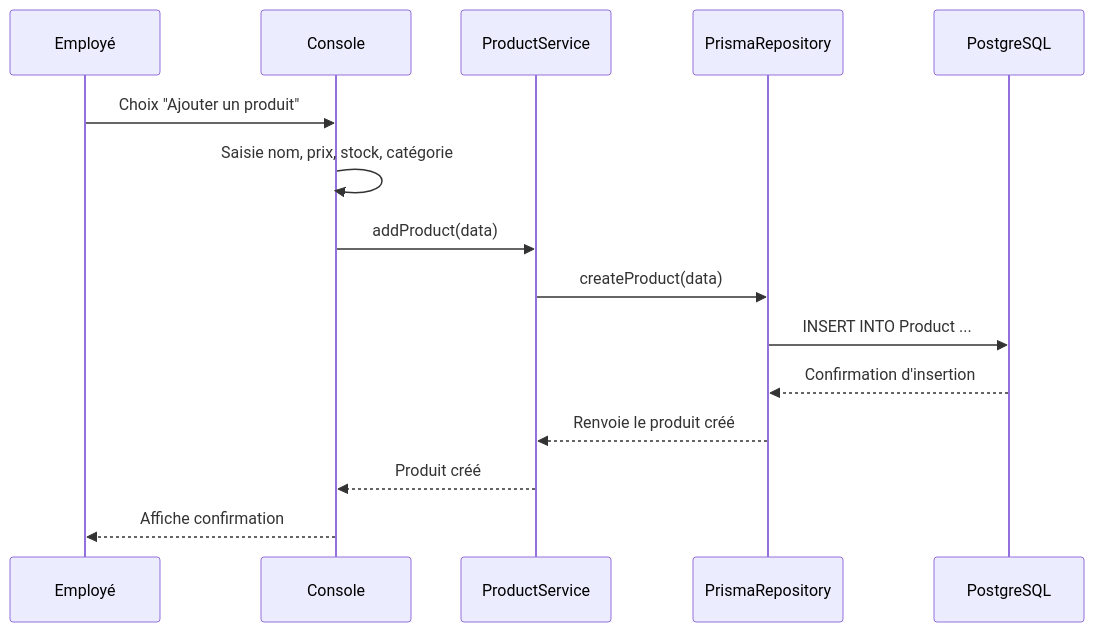
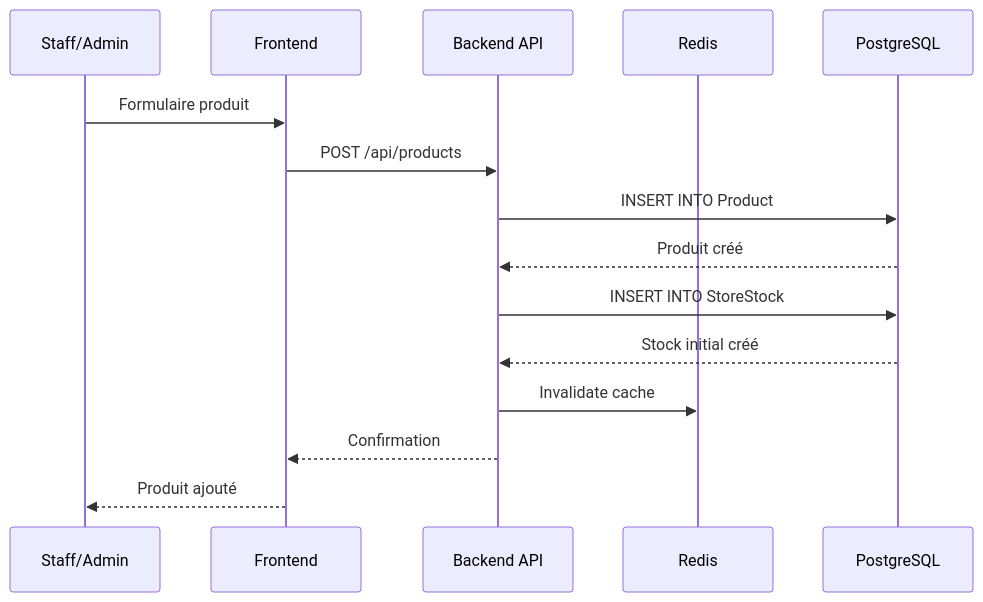
One commit to MarcoBisson/LOG430-Lab0 changed the second of 6 diagrams in docs/UML/sequence-diagram.md. Above: the diagram before and after it, drawn with Mermaid. The commit also changed other lines of this file and 6 other files, not shown here.

Commit message:
Config Grafana + Diagrammes étape 2

````diff
--- a/docs/UML/sequence-diagram.md
+++ b/docs/UML/sequence-diagram.md
@@ -4,18 +22,18 @@
 ```mermaid
 sequenceDiagram
-    participant U as Employé
-    participant C as Console
-    participant P as ProductService
-    participant R as PrismaRepository
+    participant U as Staff/Admin
+    participant F as Frontend
+    participant API as Backend API
+    participant R as Redis
     participant DB as PostgreSQL
 
-    U->>C: Choix "Ajouter un produit"
-    C->>C: Saisie nom, prix, stock, catégorie
-    C->>P: addProduct(data)
-    P->>R: createProduct(data)
-    R->>DB: INSERT INTO Product ...
-    DB-->>R: Confirmation d'insertion
-    R-->>P: Renvoie le produit créé
-    P-->>C: Produit créé
-    C-->>U: Affiche confirmation
+    U->>F: Formulaire produit
+    F->>API: POST /api/products
+    API->>DB: INSERT INTO Product
+    DB-->>API: Produit créé
+    API->>DB: INSERT INTO StoreStock
+    DB-->>API: Stock initial créé
+    API->>R: Invalidate cache
+    API-->>F: Confirmation
+    F-->>U: Produit ajouté
 ```
````
